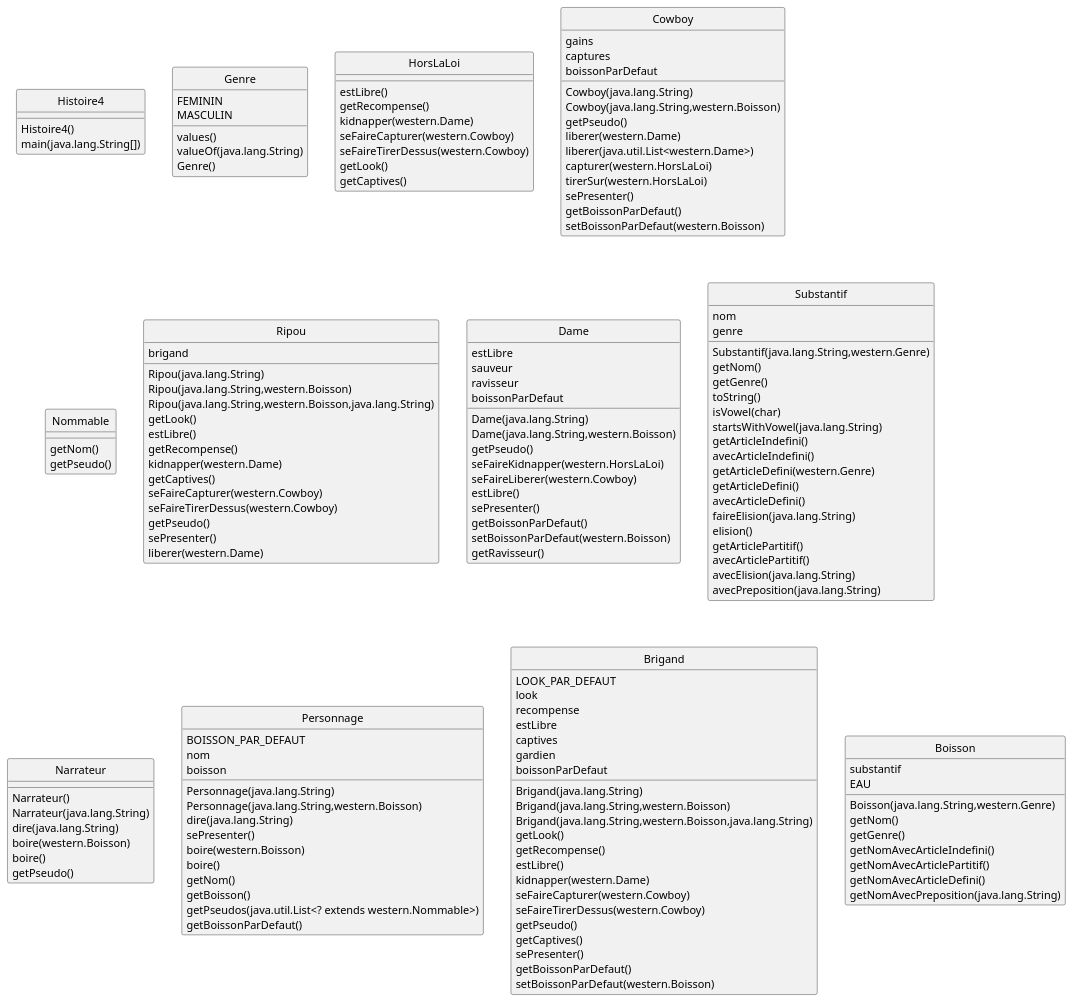
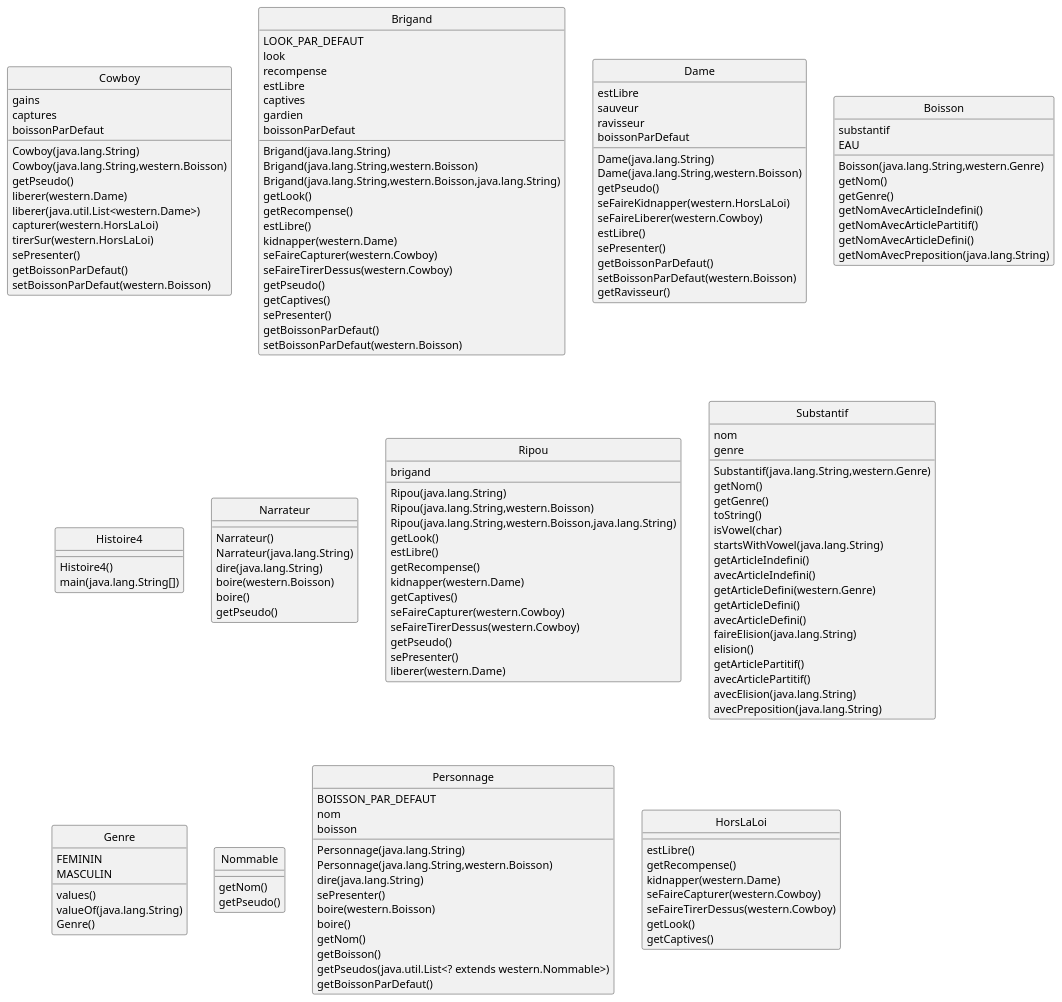
The diagram in western.puml (yassinkioua/Projet-PumlFromJava), drawn with PlantUML before and after one commit. The commit also changed other lines of this file and 40 other files, not shown here.

```diff
--- a/western.puml
+++ b/western.puml
@@ -1,164 +1,164 @@
 @startuml
 skinparam style strictuml
-class Histoire4{ 
-Histoire4()
-main(java.lang.String[])
-
- } 
-class Genre{ 
-values()
-valueOf(java.lang.String)
-Genre()
-FEMININ
-MASCULIN
-
- } 
-class HorsLaLoi{ 
-estLibre()
-getRecompense()
-kidnapper(western.Dame)
-seFaireCapturer(western.Cowboy)
-seFaireTirerDessus(western.Cowboy)
-getLook()
-getCaptives()
-
- } 
 class Cowboy{ 
 gains
 captures
 Cowboy(java.lang.String)
 Cowboy(java.lang.String,western.Boisson)
 getPseudo()
 liberer(western.Dame)
 liberer(java.util.List<western.Dame>)
 capturer(western.HorsLaLoi)
 tirerSur(western.HorsLaLoi)
 sePresenter()
 boissonParDefaut
 getBoissonParDefaut()
 setBoissonParDefaut(western.Boisson)
-
- } 
-class Nommable{ 
-getNom()
-getPseudo()
-
- } 
-class Ripou{ 
-brigand
-Ripou(java.lang.String)
-Ripou(java.lang.String,western.Boisson)
-Ripou(java.lang.String,western.Boisson,java.lang.String)
-getLook()
-estLibre()
-getRecompense()
-kidnapper(western.Dame)
-getCaptives()
-seFaireCapturer(western.Cowboy)
-seFaireTirerDessus(western.Cowboy)
-getPseudo()
-sePresenter()
-liberer(western.Dame)
-
- } 
-class Dame{ 
-estLibre
-sauveur
-ravisseur
-Dame(java.lang.String)
-Dame(java.lang.String,western.Boisson)
-getPseudo()
-seFaireKidnapper(western.HorsLaLoi)
-seFaireLiberer(western.Cowboy)
-estLibre()
-sePresenter()
-boissonParDefaut
-getBoissonParDefaut()
-setBoissonParDefaut(western.Boisson)
-getRavisseur()
-
- } 
-class Substantif{ 
-nom
-genre
-Substantif(java.lang.String,western.Genre)
-getNom()
-getGenre()
-toString()
-isVowel(char)
-startsWithVowel(java.lang.String)
-getArticleIndefini()
-avecArticleIndefini()
-getArticleDefini(western.Genre)
-getArticleDefini()
-avecArticleDefini()
-faireElision(java.lang.String)
-elision()
-getArticlePartitif()
-avecArticlePartitif()
-avecElision(java.lang.String)
-avecPreposition(java.lang.String)
-
- } 
-class Narrateur{ 
-Narrateur()
-Narrateur(java.lang.String)
-dire(java.lang.String)
-boire(western.Boisson)
-boire()
-getPseudo()
-
- } 
-class Personnage{ 
-BOISSON_PAR_DEFAUT
-nom
-boisson
-Personnage(java.lang.String)
-Personnage(java.lang.String,western.Boisson)
-dire(java.lang.String)
-sePresenter()
-boire(western.Boisson)
-boire()
-getNom()
-getBoisson()
-getPseudos(java.util.List<? extends western.Nommable>)
-getBoissonParDefaut()
 
  } 
 class Brigand{ 
 LOOK_PAR_DEFAUT
 look
 recompense
 estLibre
 captives
 gardien
 Brigand(java.lang.String)
 Brigand(java.lang.String,western.Boisson)
 Brigand(java.lang.String,western.Boisson,java.lang.String)
 getLook()
 getRecompense()
 estLibre()
 kidnapper(western.Dame)
 seFaireCapturer(western.Cowboy)
 seFaireTirerDessus(western.Cowboy)
 getPseudo()
 getCaptives()
 sePresenter()
 boissonParDefaut
 getBoissonParDefaut()
 setBoissonParDefaut(western.Boisson)
 
  } 
+class Dame{ 
+estLibre
+sauveur
+ravisseur
+Dame(java.lang.String)
+Dame(java.lang.String,western.Boisson)
+getPseudo()
+seFaireKidnapper(western.HorsLaLoi)
+seFaireLiberer(western.Cowboy)
+estLibre()
+sePresenter()
+boissonParDefaut
+getBoissonParDefaut()
+setBoissonParDefaut(western.Boisson)
+getRavisseur()
+
+ } 
 class Boisson{ 
 substantif
 EAU
 Boisson(java.lang.String,western.Genre)
 getNom()
 getGenre()
 getNomAvecArticleIndefini()
 getNomAvecArticlePartitif()
 getNomAvecArticleDefini()
 getNomAvecPreposition(java.lang.String)
 
  } 
+class Histoire4{ 
+Histoire4()
+main(java.lang.String[])
+
+ } 
+class Narrateur{ 
+Narrateur()
+Narrateur(java.lang.String)
+dire(java.lang.String)
+boire(western.Boisson)
+boire()
+getPseudo()
+
+ } 
+class Ripou{ 
+brigand
+Ripou(java.lang.String)
+Ripou(java.lang.String,western.Boisson)
+Ripou(java.lang.String,western.Boisson,java.lang.String)
+getLook()
+estLibre()
+getRecompense()
+kidnapper(western.Dame)
+getCaptives()
+seFaireCapturer(western.Cowboy)
+seFaireTirerDessus(western.Cowboy)
+getPseudo()
+sePresenter()
+liberer(western.Dame)
+
+ } 
+class Substantif{ 
+nom
+genre
+Substantif(java.lang.String,western.Genre)
+getNom()
+getGenre()
+toString()
+isVowel(char)
+startsWithVowel(java.lang.String)
+getArticleIndefini()
+avecArticleIndefini()
+getArticleDefini(western.Genre)
+getArticleDefini()
+avecArticleDefini()
+faireElision(java.lang.String)
+elision()
+getArticlePartitif()
+avecArticlePartitif()
+avecElision(java.lang.String)
+avecPreposition(java.lang.String)
+
+ } 
+class Genre{ 
+values()
+valueOf(java.lang.String)
+Genre()
+FEMININ
+MASCULIN
+
+ } 
+class Nommable{ 
+getNom()
+getPseudo()
+
+ } 
+class Personnage{ 
+BOISSON_PAR_DEFAUT
+nom
+boisson
+Personnage(java.lang.String)
+Personnage(java.lang.String,western.Boisson)
+dire(java.lang.String)
+sePresenter()
+boire(western.Boisson)
+boire()
+getNom()
+getBoisson()
+getPseudos(java.util.List<? extends western.Nommable>)
+getBoissonParDefaut()
+
+ } 
+class HorsLaLoi{ 
+estLibre()
+getRecompense()
+kidnapper(western.Dame)
+seFaireCapturer(western.Cowboy)
+seFaireTirerDessus(western.Cowboy)
+getLook()
+getCaptives()
+
+ } 
 @enduml
```
